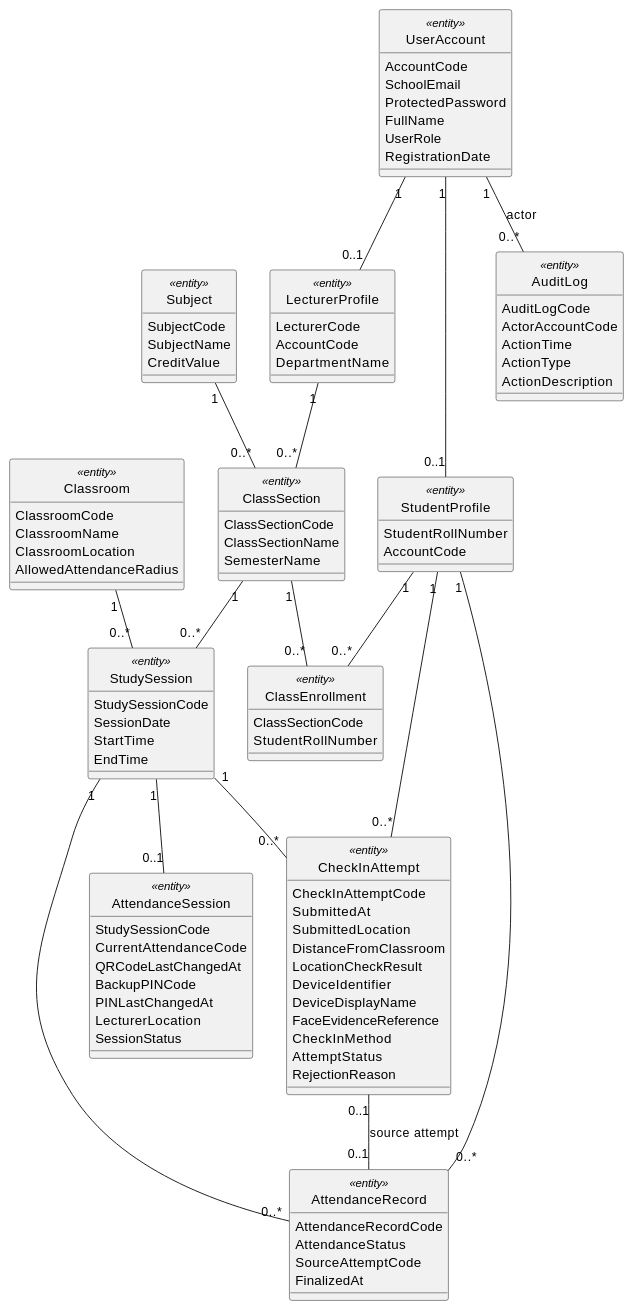
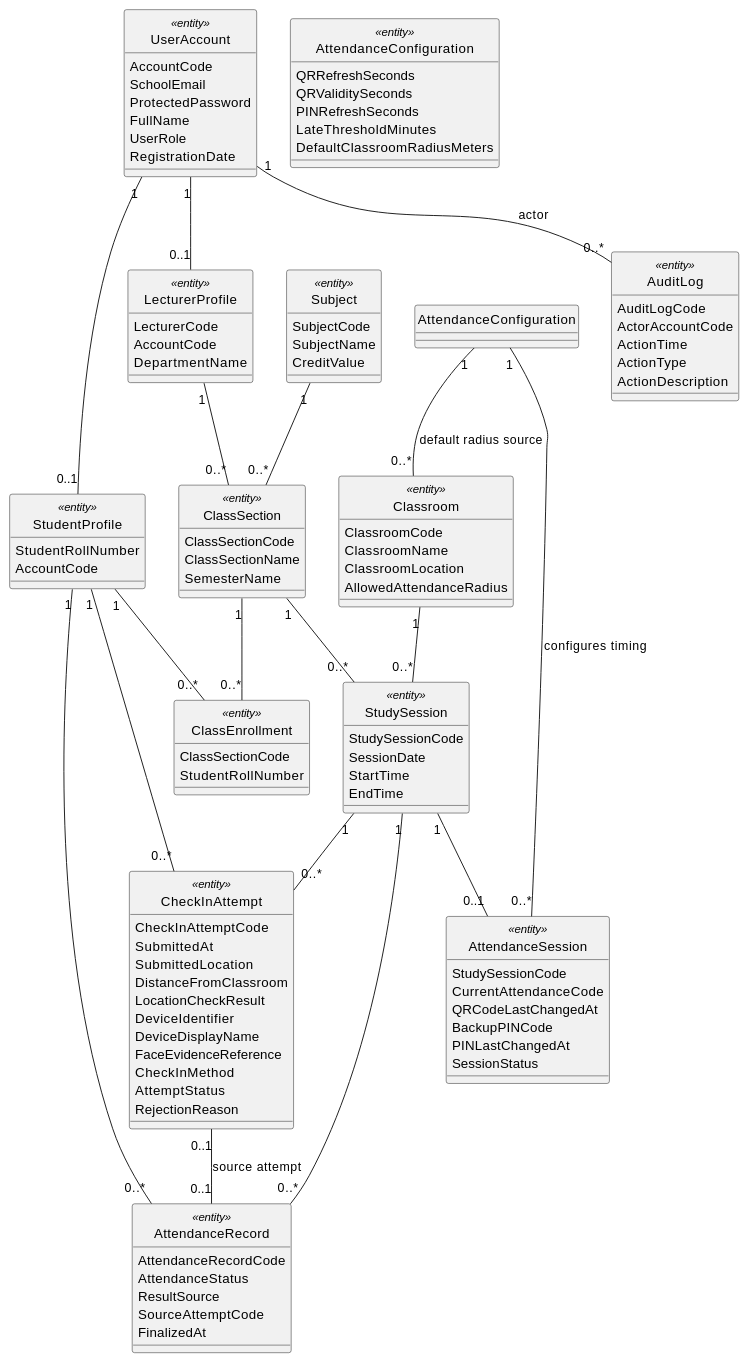
Before and after one commit to nttung42/SWD392: the first of 26 diagrams in docs/sds/2_Analysis.md, drawn with PlantUML. The commit also changed other lines of this file, not shown here.

Commit message:
tmp Contextual boundary class diagram

````diff
--- a/docs/sds/2_Analysis.md
+++ b/docs/sds/2_Analysis.md
@@ -74,8 +74,15 @@
   QRCodeLastChangedAt
   BackupPINCode
   PINLastChangedAt
-  LecturerLocation
   SessionStatus
+}
+
+class "AttendanceConfiguration" as AttendanceConfig <<entity>> {
+  QRRefreshSeconds
+  QRValiditySeconds
+  PINRefreshSeconds
+  LateThresholdMinutes
+  DefaultClassroomRadiusMeters
 }
 
 class "CheckInAttempt" as CheckInAttempt <<entity>> {
@@ -95,6 +102,7 @@
 class "AttendanceRecord" as AttendanceRecord <<entity>> {
   AttendanceRecordCode
   AttendanceStatus
+  ResultSource
   SourceAttemptCode
   FinalizedAt
 }
@@ -121,6 +129,8 @@
 StudySession "1" -- "0..*" AttendanceRecord
 StudentProfile "1" -- "0..*" AttendanceRecord
 CheckInAttempt "0..1" -- "0..1" AttendanceRecord : source attempt
+AttendanceConfiguration "1" -- "0..*" AttendanceSession : configures timing
+AttendanceConfiguration "1" -- "0..*" Classroom : default radius source
 UserAccount "1" -- "0..*" AuditLog : actor
 @enduml
 ```
````
